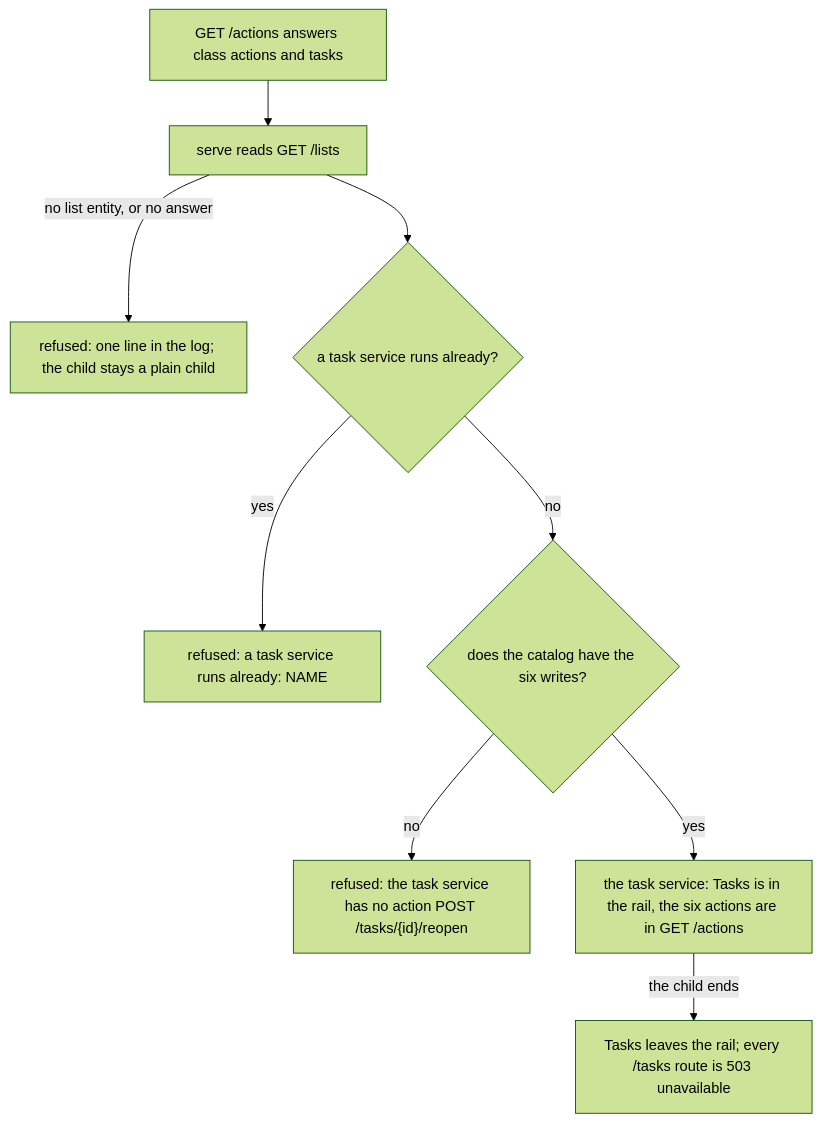
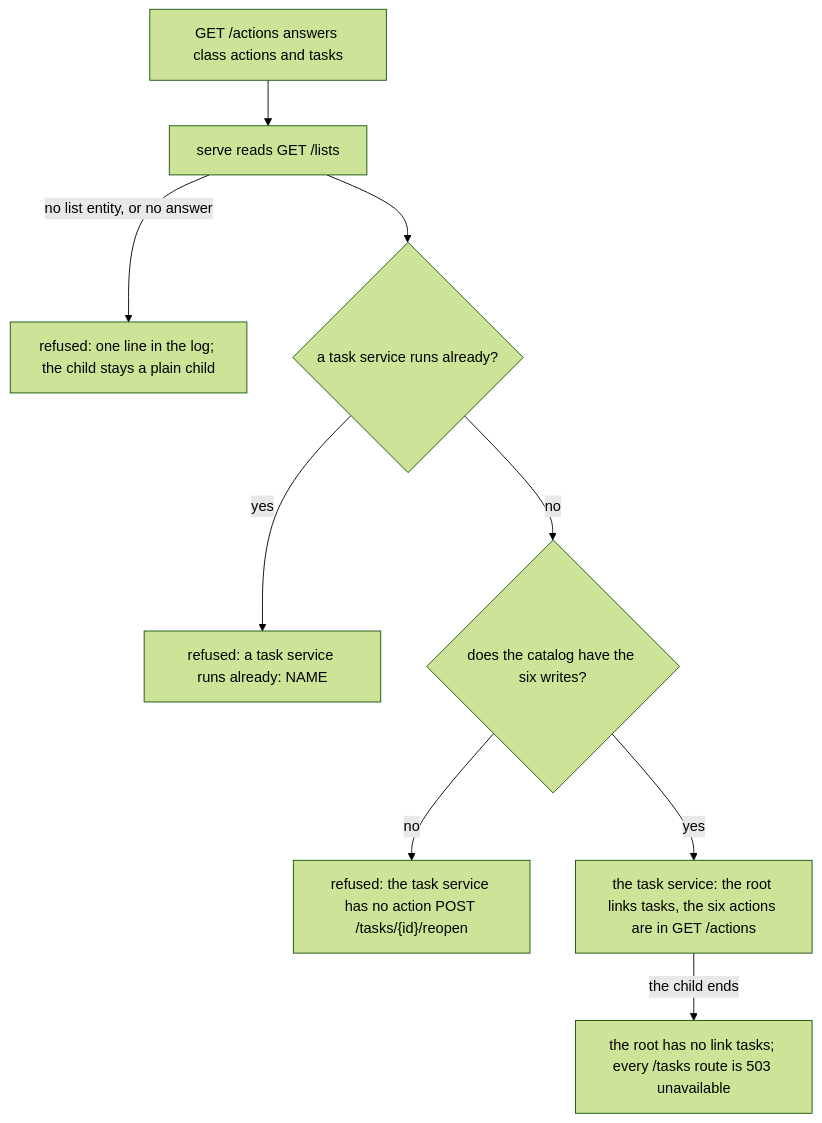
Before and after one commit to alexradunet/aminte: the sixth of 6 diagrams in extensions/README.md, drawn with Mermaid (forest theme). The commit also changed other lines of this file and 13 other files, not shown here.

````diff
--- a/extensions/README.md
+++ b/extensions/README.md
@@ -272,11 +245,11 @@
 ```mermaid
 flowchart TD
   P["GET /actions answers class actions and tasks"] --> L["serve reads GET /lists"]
   L -->|"no list entity, or no answer"| X["refused: one line in the log; the child stays a plain child"]
   L --> C{"a task service runs already?"}
   C -->|"yes"| R1["refused: a task service runs already: NAME"]
   C -->|"no"| W{"does the catalog have the six writes?"}
   W -->|"no"| R2["refused: the task service has no action POST /tasks/{id}/reopen"]
-  W -->|"yes"| OK["the task service: Tasks is in the rail, the six actions are in GET /actions"]
-  OK -->|"the child ends"| E["Tasks leaves the rail; every /tasks route is 503 unavailable"]
+  W -->|"yes"| OK["the task service: the root links tasks, the six actions are in GET /actions"]
+  OK -->|"the child ends"| E["the root has no link tasks; every /tasks route is 503 unavailable"]
 ```
````
